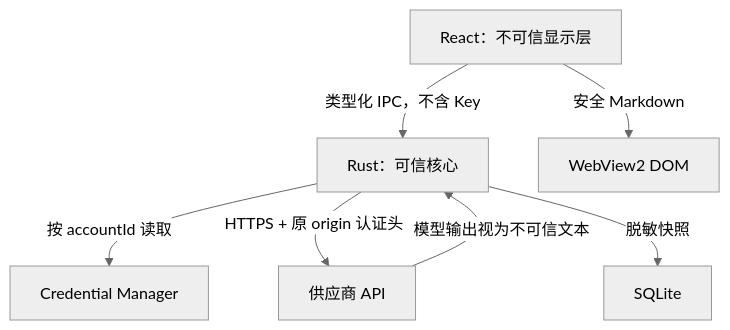
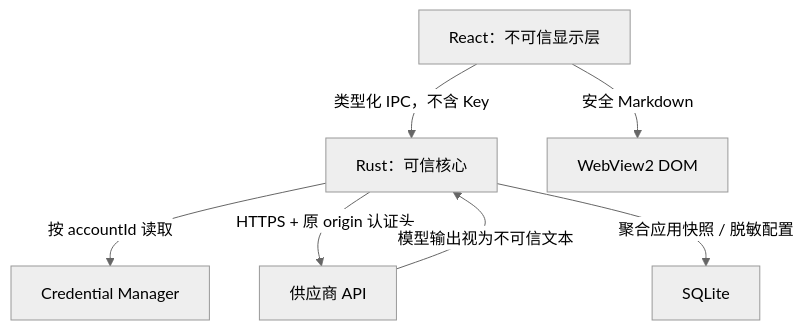
The third of 3 diagrams in docs/ARCHITECTURE_AND_AGENT_GUIDE.md (JananZZZ/AiPin), drawn with Mermaid (neutral theme) before and after one commit. The commit also changed other lines of this file and 2 other files, not shown here.

````diff
--- a/docs/ARCHITECTURE_AND_AGENT_GUIDE.md
+++ b/docs/ARCHITECTURE_AND_AGENT_GUIDE.md
@@ -308,9 +314,9 @@
 ```mermaid
 flowchart TB
     React["React：不可信显示层"] -->|"类型化 IPC，不含 Key"| Rust["Rust：可信核心"]
     Rust -->|"按 accountId 读取"| Cred["Credential Manager"]
     Rust -->|"HTTPS + 原 origin 认证头"| API["供应商 API"]
-    Rust -->|"脱敏快照"| SQLite["SQLite"]
+    Rust -->|"聚合应用快照 / 脱敏配置"| SQLite["SQLite"]
     React -->|"安全 Markdown"| WebView["WebView2 DOM"]
     API -->|"模型输出视为不可信文本"| Rust
 ```
````
